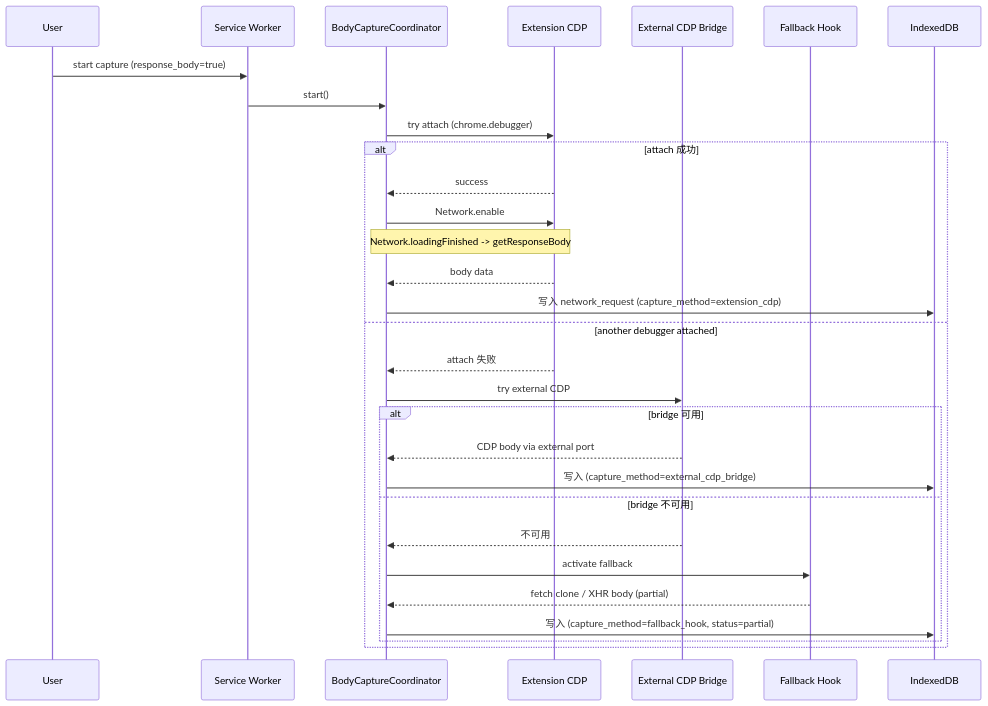
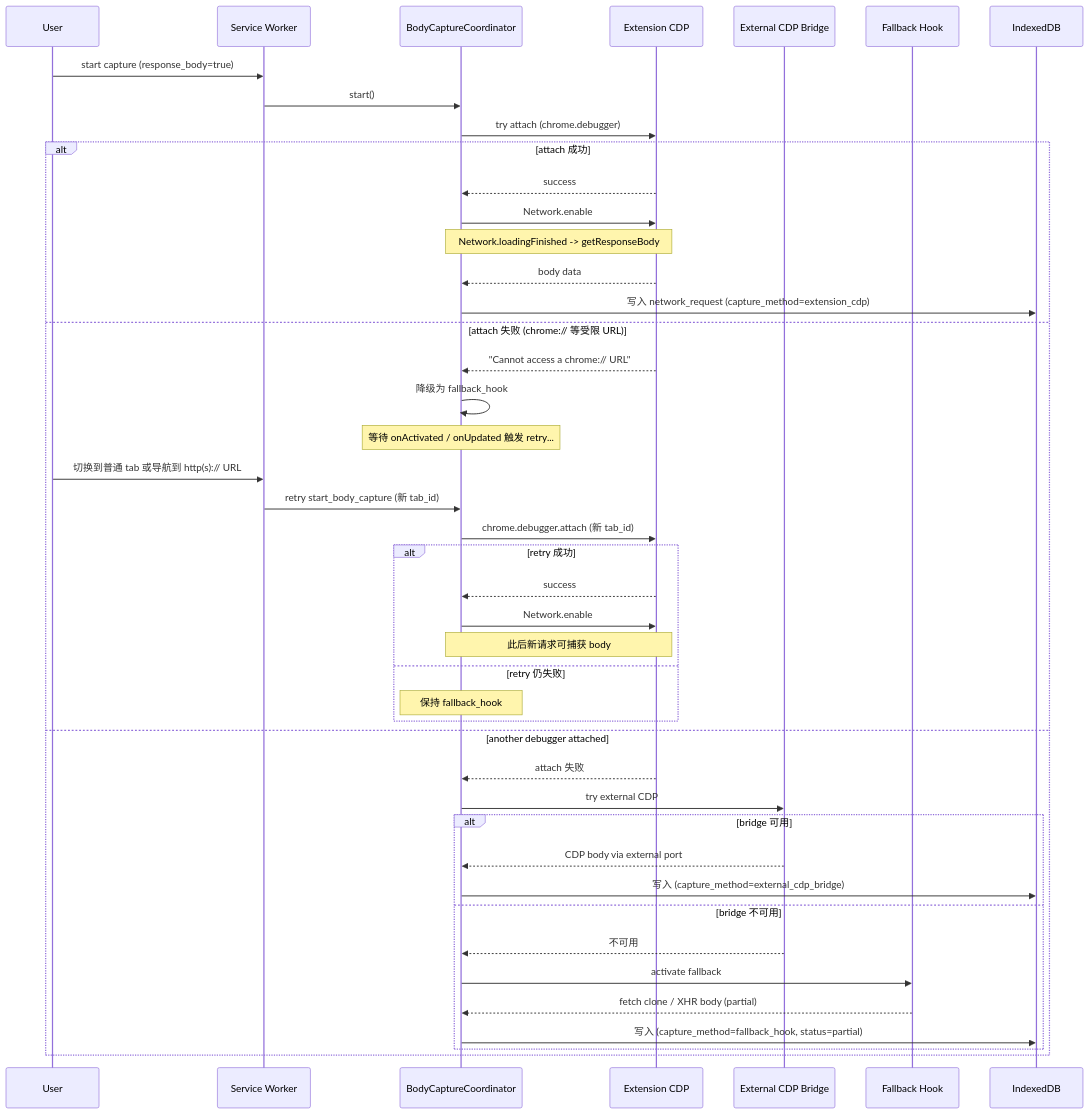
One commit to TuTouPower/capture_all changed the third of 3 diagrams in docs/specs/data_flow.md. Above: the diagram before and after it, drawn with Mermaid. The commit also changed 3 other files, not shown here.

First line of the commit message:
docs: P0.39 CDP retry 跨 tab 假成功 + retry 机制文档

````diff
--- a/docs/specs/data_flow.md
+++ b/docs/specs/data_flow.md
@@ -69,34 +69,48 @@
 ```mermaid
 sequenceDiagram
     participant User
     participant SW as Service Worker
     participant Coord as BodyCaptureCoordinator
     participant CDP as Extension CDP
     participant Bridge as External CDP Bridge
     participant Hook as Fallback Hook
     participant IDB as IndexedDB
 
     User->>SW: start capture (response_body=true)
     SW->>Coord: start()
     Coord->>CDP: try attach (chrome.debugger)
 
     alt attach 成功
         CDP-->>Coord: success
         Coord->>CDP: Network.enable
         Note over Coord,CDP: Network.loadingFinished -> getResponseBody
         CDP-->>Coord: body data
         Coord->>IDB: 写入 network_request (capture_method=extension_cdp)
+    else attach 失败 (chrome:// 等受限 URL)
+        CDP-->>Coord: "Cannot access a chrome:// URL"
+        Coord->>Coord: 降级为 fallback_hook
+        Note over Coord: 等待 onActivated / onUpdated 触发 retry...
+        User->>SW: 切换到普通 tab 或导航到 http(s):// URL
+        SW->>Coord: retry start_body_capture (新 tab_id)
+        Coord->>CDP: chrome.debugger.attach (新 tab_id)
+        alt retry 成功
+            CDP-->>Coord: success
+            Coord->>CDP: Network.enable
+            Note over Coord,CDP: 此后新请求可捕获 body
+        else retry 仍失败
+            Note over Coord: 保持 fallback_hook
+        end
     else another debugger attached
         CDP-->>Coord: attach 失败
         Coord->>Bridge: try external CDP
         alt bridge 可用
             Bridge-->>Coord: CDP body via external port
             Coord->>IDB: 写入 (capture_method=external_cdp_bridge)
         else bridge 不可用
             Bridge-->>Coord: 不可用
             Coord->>Hook: activate fallback
             Hook-->>Coord: fetch clone / XHR body (partial)
             Coord->>IDB: 写入 (capture_method=fallback_hook, status=partial)
         end
     end
 ```
````
